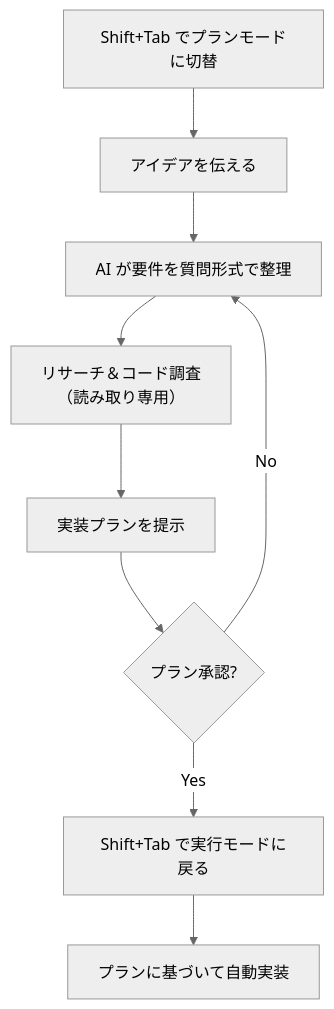
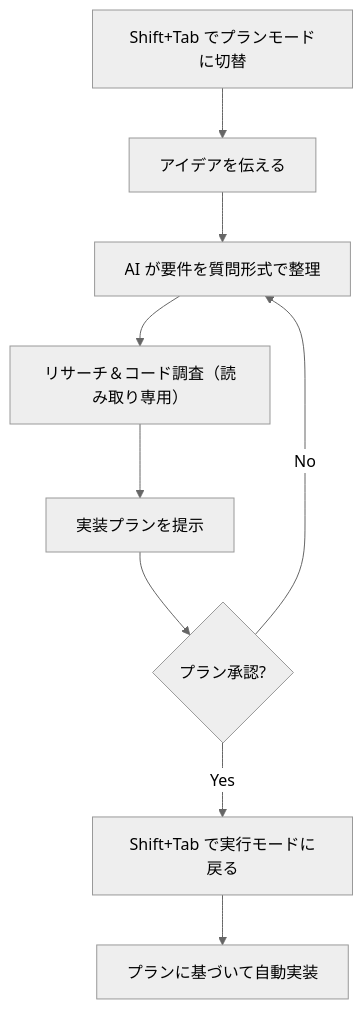
Before and after one commit to x86-unix/docs: the diagram in ai/kiro-vs-claude-code.md, drawn with Mermaid (neutral theme). The commit also changed 1 other file, not shown here.

Commit message:
fix: quote all Japanese subgraph titles and remove \n in mermaid blocks

````diff
--- a/ai/kiro-vs-claude-code.md
+++ b/ai/kiro-vs-claude-code.md
@@ -96,11 +96,11 @@
 ```mermaid
 flowchart TD
     A[Shift+Tab でプランモードに切替] --> B[アイデアを伝える]
     B --> C[AI が要件を質問形式で整理]
-    C --> D[リサーチ＆コード調査\n（読み取り専用）]
-    D --> E[実装プランを提示]
+    C --> D["リサーチ＆コード調査（読み取り専用）"]
+    D --> E["実装プランを提示"]
     E --> F{プラン承認?}
     F -- Yes --> G[Shift+Tab で実行モードに戻る]
     G --> H[プランに基づいて自動実装]
     F -- No --> C
 ```
````
